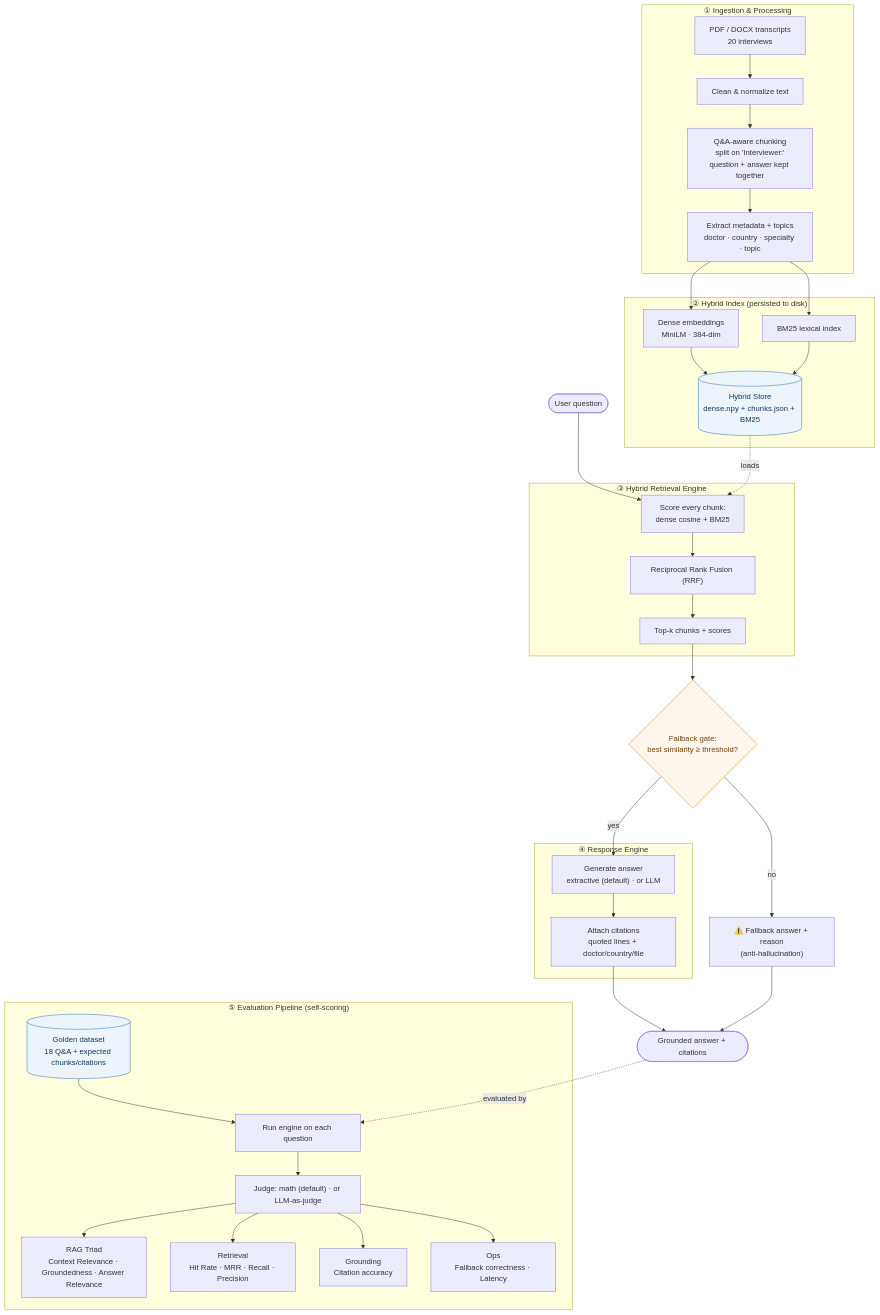
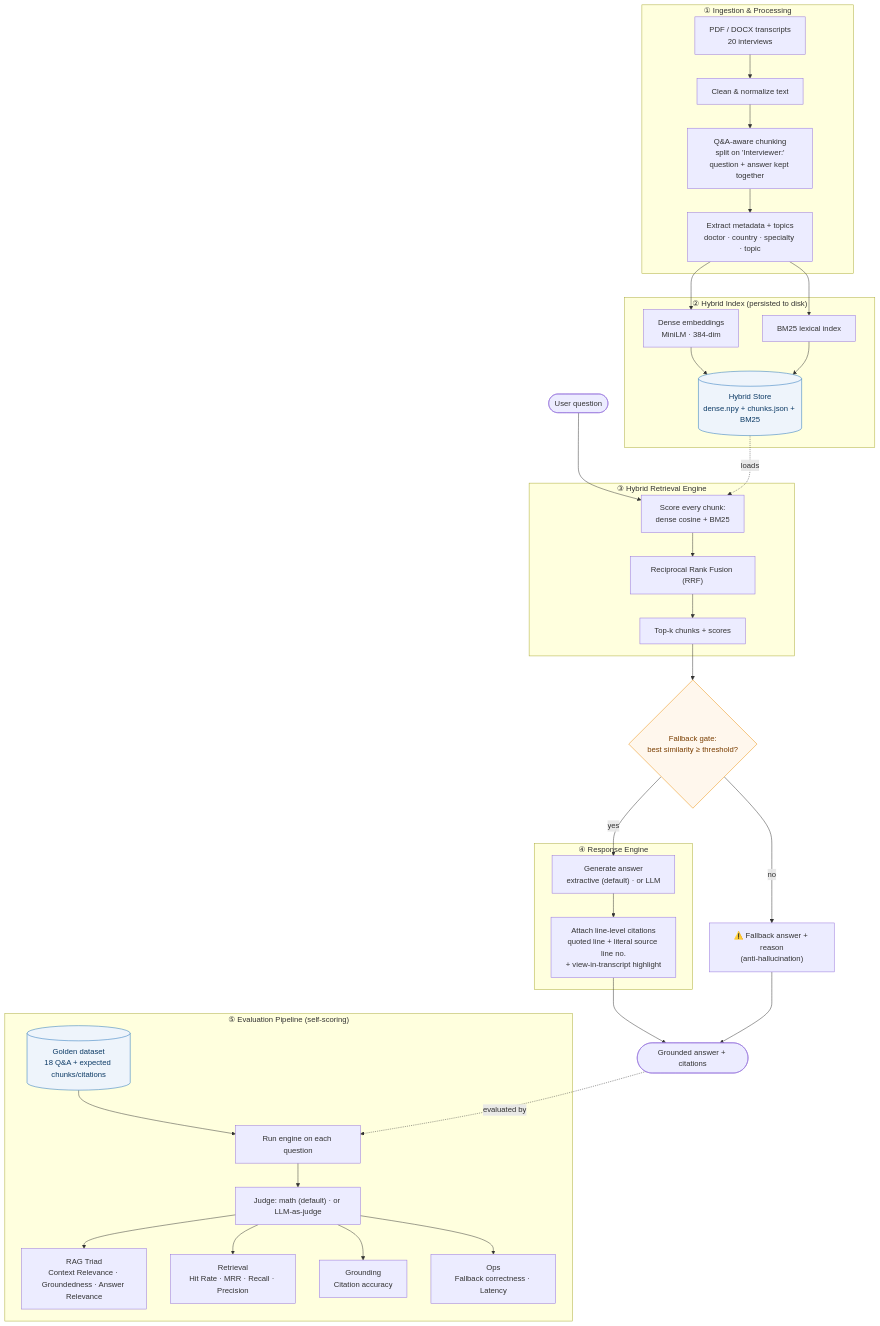
The diagram in docs/PIPELINE.md (vamshiverse/rag-covid-interviews), drawn with Mermaid before and after one commit. The commit also changed 12 other files, not shown here.

First line of the commit message:
Line-level citations: literal source lines + full-transcript highlight viewer

````diff
--- a/docs/PIPELINE.md
+++ b/docs/PIPELINE.md
@@ -7,51 +7,51 @@
 ```mermaid
 flowchart TD
   %% ---------------- Ingestion ----------------
   subgraph INGEST["① Ingestion & Processing"]
     A[PDF / DOCX transcripts<br/>20 interviews] --> B[Clean & normalize text]
     B --> C["Q&A-aware chunking<br/>split on 'Interviewer:'<br/>question + answer kept together"]
     C --> D["Extract metadata + topics<br/>doctor · country · specialty · topic"]
   end
 
   %% ---------------- Index ----------------
   subgraph INDEX["② Hybrid Index (persisted to disk)"]
     D --> E["Dense embeddings<br/>MiniLM · 384-dim"]
     D --> F["BM25 lexical index"]
     E --> G[(Hybrid Store<br/>dense.npy + chunks.json + BM25)]
     F --> G
   end
 
   %% ---------------- Retrieval ----------------
   Q([User question]) --> R
   subgraph RETRIEVE["③ Hybrid Retrieval Engine"]
     R["Score every chunk:<br/>dense cosine + BM25"] --> S["Reciprocal Rank Fusion (RRF)"]
     S --> X[Top-k chunks + scores]
   end
   G -.loads.-> R
 
   %% ---------------- Fallback + Response ----------------
   X --> GATE{"Fallback gate:<br/>best similarity ≥ threshold?"}
   GATE -->|no| FB["⚠️ Fallback answer + reason<br/>(anti-hallucination)"]
   GATE -->|yes| GEN
   subgraph RESPOND["④ Response Engine"]
-    GEN["Generate answer<br/>extractive (default) · or LLM"] --> CITE["Attach citations<br/>quoted lines + doctor/country/file"]
+    GEN["Generate answer<br/>extractive (default) · or LLM"] --> CITE["Attach line-level citations<br/>quoted line + literal source line no.<br/>+ view-in-transcript highlight"]
   end
   CITE --> ANS([Grounded answer + citations])
   FB --> ANS
 
   %% ---------------- Evaluation ----------------
   subgraph EVAL["⑤ Evaluation Pipeline (self-scoring)"]
     GD[(Golden dataset<br/>18 Q&A + expected chunks/citations)] --> EV["Run engine on each question"]
     EV --> JUDGE["Judge: math (default) · or LLM-as-judge"]
     JUDGE --> M1["RAG Triad<br/>Context Relevance · Groundedness · Answer Relevance"]
     JUDGE --> M2["Retrieval<br/>Hit Rate · MRR · Recall · Precision"]
     JUDGE --> M3["Grounding<br/>Citation accuracy"]
     JUDGE --> M4["Ops<br/>Fallback correctness · Latency"]
   end
   ANS -.evaluated by.-> EV
 
   classDef store fill:#eef4fb,stroke:#1d6fb8,color:#0d3b66;
   classDef gate fill:#fff7ed,stroke:#ea8c00,color:#7a3e00;
   class G,GD store;
   class GATE gate;
 ```
````
